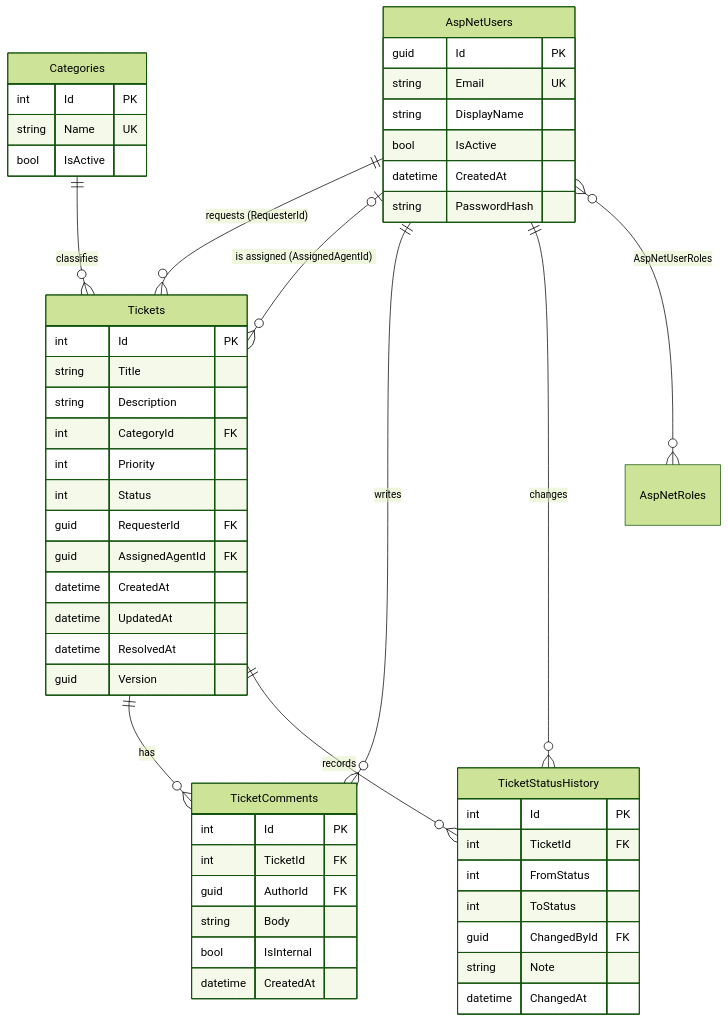
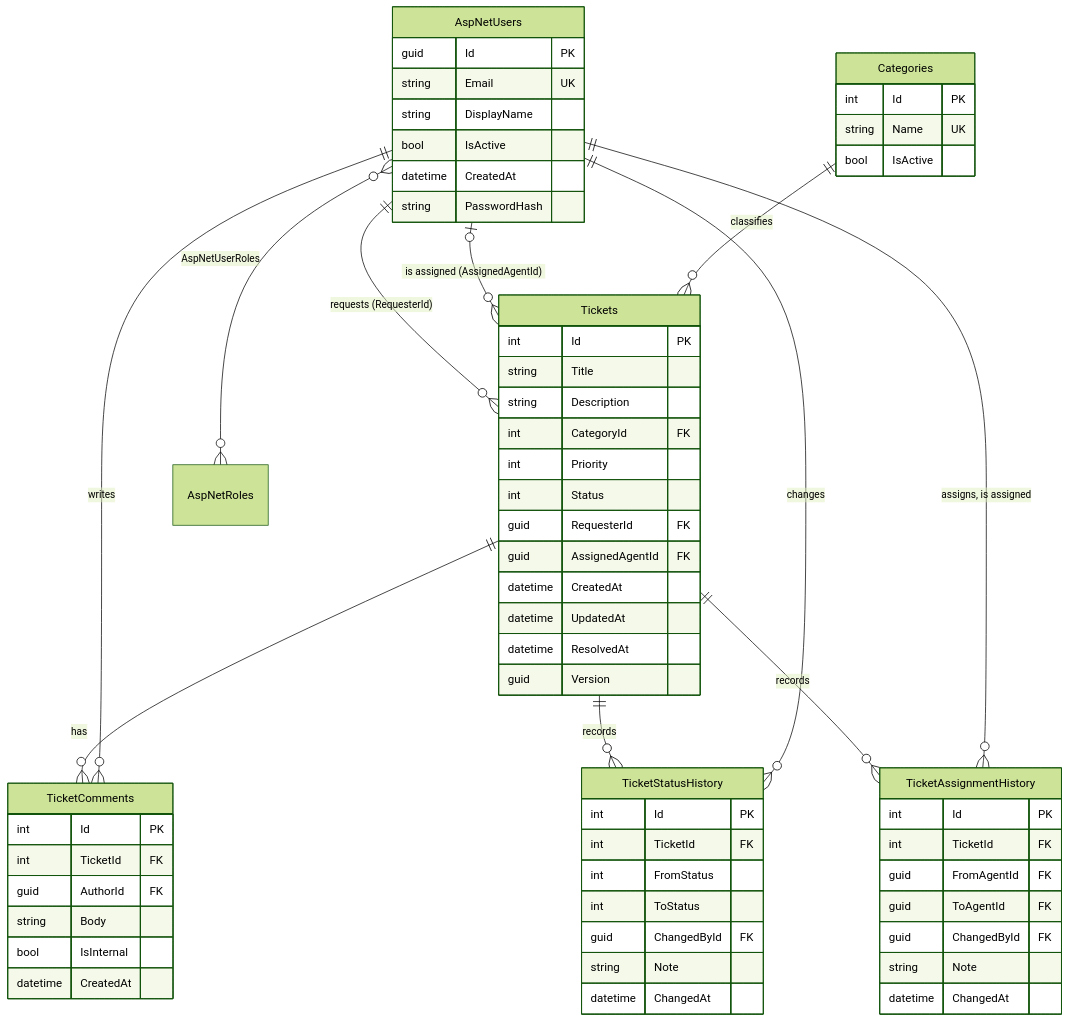
The second of 3 diagrams in docs/ARCHITECTURE.md (moeletsimelamu/opshub), drawn with Mermaid (forest theme) before and after one commit. The commit also changed other lines of this file and 23 other files, not shown here.

First line of the commit message:
Record every change of assigned agent in the ticket history

````diff
--- a/docs/ARCHITECTURE.md
+++ b/docs/ARCHITECTURE.md
@@ -98,17 +98,20 @@
 ```mermaid
 erDiagram
   AspNetUsers ||--o{ Tickets : "requests (RequesterId)"
   AspNetUsers |o--o{ Tickets : "is assigned (AssignedAgentId)"
   Categories ||--o{ Tickets : classifies
   Tickets ||--o{ TicketComments : has
   Tickets ||--o{ TicketStatusHistory : records
+  Tickets ||--o{ TicketAssignmentHistory : records
   AspNetUsers ||--o{ TicketComments : writes
   AspNetUsers ||--o{ TicketStatusHistory : changes
+  AspNetUsers ||--o{ TicketAssignmentHistory : "assigns, is assigned"
   AspNetUsers }o--o{ AspNetRoles : "AspNetUserRoles"
 
   AspNetUsers { guid Id PK  string Email UK  string DisplayName  bool IsActive  datetime CreatedAt  string PasswordHash }
   Categories { int Id PK  string Name UK  bool IsActive }
   Tickets { int Id PK  string Title  string Description  int CategoryId FK  int Priority  int Status  guid RequesterId FK  guid AssignedAgentId FK  datetime CreatedAt  datetime UpdatedAt  datetime ResolvedAt  guid Version }
   TicketComments { int Id PK  int TicketId FK  guid AuthorId FK  string Body  bool IsInternal  datetime CreatedAt }
   TicketStatusHistory { int Id PK  int TicketId FK  int FromStatus  int ToStatus  guid ChangedById FK  string Note  datetime ChangedAt }
+  TicketAssignmentHistory { int Id PK  int TicketId FK  guid FromAgentId FK  guid ToAgentId FK  guid ChangedById FK  string Note  datetime ChangedAt }
 ```
````
